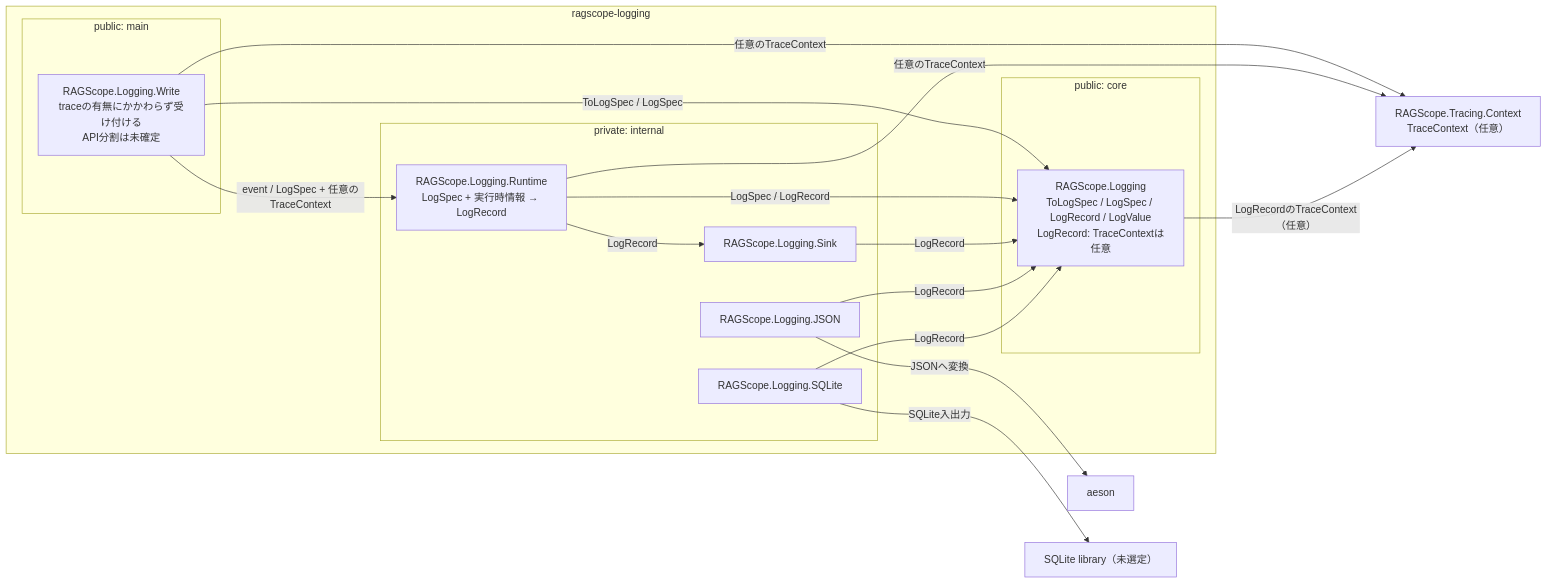
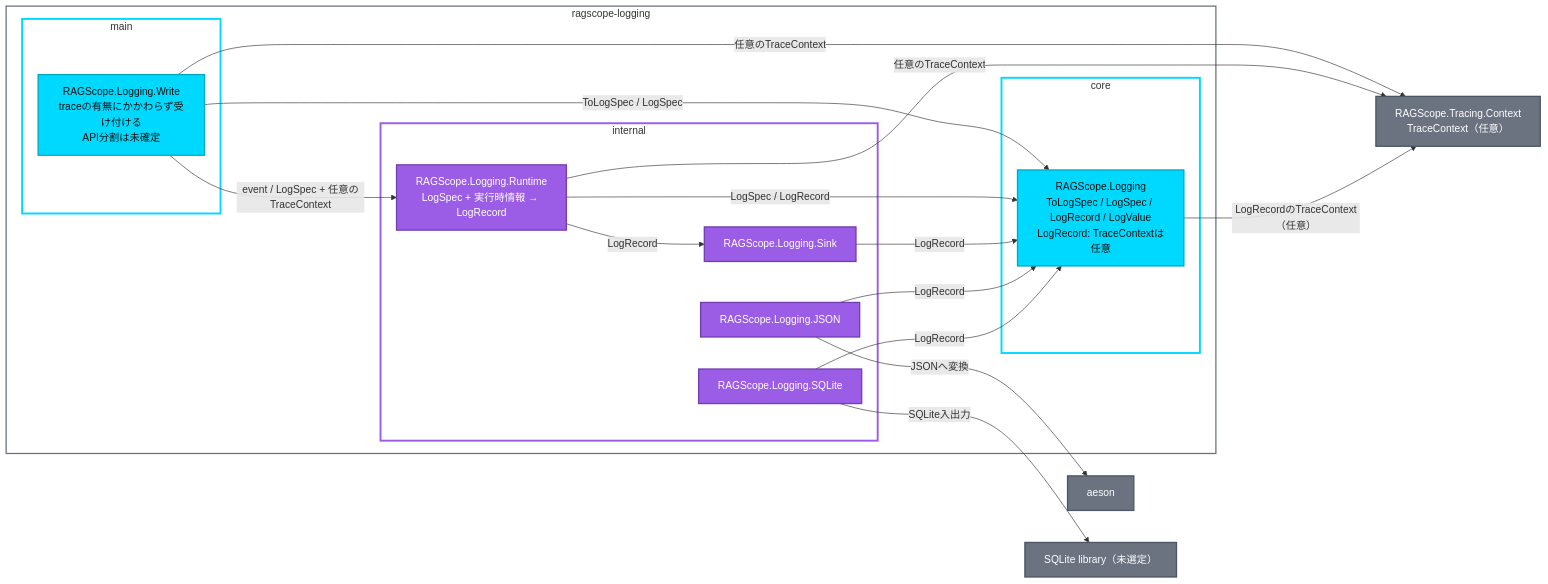
One commit to takashit16833/Workbench changed the diagram in Notes/RAGScope/RAGScopeアプリケーション/実行追跡・構造化ログ静的依存図 Logging.md. Above: the diagram before and after it, drawn with Mermaid. The commit also changed other lines of this file, not shown here.

Commit message:
docs: restore Logging diagram colors

````diff
--- a/Notes/RAGScope/RAGScopeアプリケーション/実行追跡・構造化ログ静的依存図 Logging.md
+++ b/Notes/RAGScope/RAGScopeアプリケーション/実行追跡・構造化ログ静的依存図 Logging.md
@@ -17,38 +19,51 @@
 ```mermaid
 flowchart LR
     subgraph pkg_logging["ragscope-logging"]
-        subgraph main_lib["public: main"]
+        subgraph main_lib["main"]
             write["RAGScope.Logging.Write<br/>traceの有無にかかわらず受け付ける<br/>API分割は未確定"]
         end
 
-        subgraph internal_lib["private: internal"]
+        subgraph internal_lib["internal"]
             runtime["RAGScope.Logging.Runtime<br/>LogSpec + 実行時情報 → LogRecord"]
             sink["RAGScope.Logging.Sink"]
             json["RAGScope.Logging.JSON"]
             sqlite["RAGScope.Logging.SQLite"]
         end
 
-        subgraph core_lib["public: core"]
+        subgraph core_lib["core"]
             contract["RAGScope.Logging<br/>ToLogSpec / LogSpec / LogRecord / LogValue<br/>LogRecord: TraceContextは任意"]
         end
     end
 
     context["RAGScope.Tracing.Context<br/>TraceContext（任意）"]
     aeson["aeson"]
     sqlite_lib["SQLite library（未選定）"]
 
     write -->|event / LogSpec + 任意のTraceContext| runtime
     write -->|ToLogSpec / LogSpec| contract
     write -->|任意のTraceContext| context
 
     runtime -->|LogRecord| sink
     runtime -->|LogSpec / LogRecord| contract
     runtime -->|任意のTraceContext| context
 
     sink -->|LogRecord| contract
     json -->|LogRecord| contract
     json -->|JSONへ変換| aeson
     sqlite -->|LogRecord| contract
     sqlite -->|SQLite入出力| sqlite_lib
     contract -->|LogRecordのTraceContext（任意）| context
+
+    classDef public fill:#00D9FF,stroke:#00A7C2,color:#111111,stroke-width:2px
+    classDef private fill:#9B5DE5,stroke:#713CB0,color:#FFFFFF,stroke-width:2px
+    classDef outside fill:#6B7280,stroke:#4B5563,color:#FFFFFF,stroke-width:2px
+
+    class write,contract public
+    class runtime,sink,json,sqlite private
+    class context,aeson,sqlite_lib outside
+
+    style pkg_logging fill:transparent,stroke:#6B7280,stroke-width:2px
+    style main_lib fill:transparent,stroke:#00D9FF,stroke-width:3px
+    style internal_lib fill:transparent,stroke:#9B5DE5,stroke-width:3px
+    style core_lib fill:transparent,stroke:#00D9FF,stroke-width:3px
 ```
````
